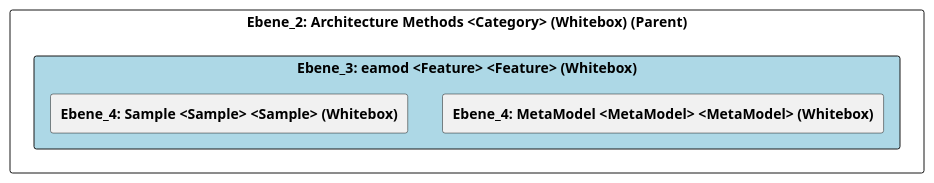
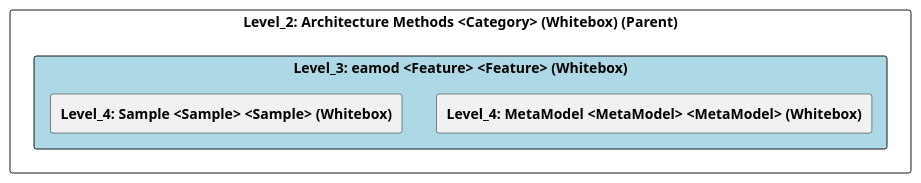
The diagram in doc/cleonproject_deliverables_architecture_model_architecture/adoc/de/05_bausteinsicht/cleon/architecture_methods/eamod/ebene_3_eamod.adoc (marcozwyssig/cleon), drawn with PlantUML before and after one commit. The commit also changed other lines of this file and 83 other files, not shown here.

```diff
--- a/doc/cleonproject_deliverables_architecture_model_architecture/adoc/de/05_bausteinsicht/cleon/architecture_methods/eamod/ebene_3_eamod.adoc
+++ b/doc/cleonproject_deliverables_architecture_model_architecture/adoc/de/05_bausteinsicht/cleon/architecture_methods/eamod/ebene_3_eamod.adoc
@@ -20,25 +20,25 @@
-[plantuml, Ebene_3: eamod <Feature> <Feature> (Whitebox)BlockOverview, format="svg"]
+[plantuml, Level_3: eamod <Feature> <Feature> (Whitebox)BlockOverview, format="svg"]
 ----
-@startuml Ebene_3: eamod <Feature> <Feature> (Whitebox)BuildingBlockOverview
+@startuml Level_3: eamod <Feature> <Feature> (Whitebox)BuildingBlockOverview
 
 skinparam ranksep 10
 skinparam componentStyle rectangle
 skinparam shadowing false
 skinparam arrowColor lightblue
 skinparam arrowThickness 1.2
 skinparam rectangle {
   BackgroundColor White
   BorderColor #333
   RoundCorner 10
 }
 top to bottom direction
 
-component "Ebene_2: Architecture Methods <Category> (Whitebox) (Parent)" {
-    component "Ebene_3: eamod <Feature> <Feature> (Whitebox)" #lightblue {
-        [**Ebene_4: MetaModel <MetaModel> <MetaModel> (Whitebox)**] as 4A56DE52_D579_11EE_903E_9F564E4DE07E
-        [**Ebene_4: Sample <Sample> <Sample> (Whitebox)**] as 4A56DE4F_D579_11EE_903E_9F564E4DE07E
+component "Level_2: Architecture Methods <Category> (Whitebox) (Parent)" {
+    component "Level_3: eamod <Feature> <Feature> (Whitebox)" #lightblue {
+        [**Level_4: MetaModel <MetaModel> <MetaModel> (Whitebox)**] as 4A56DE52_D579_11EE_903E_9F564E4DE07E
+        [**Level_4: Sample <Sample> <Sample> (Whitebox)**] as 4A56DE4F_D579_11EE_903E_9F564E4DE07E
     }
 }
 
 @enduml
 ----
```
